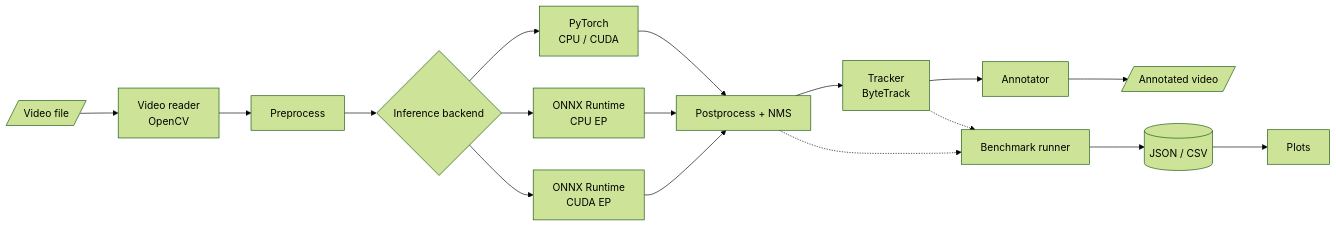
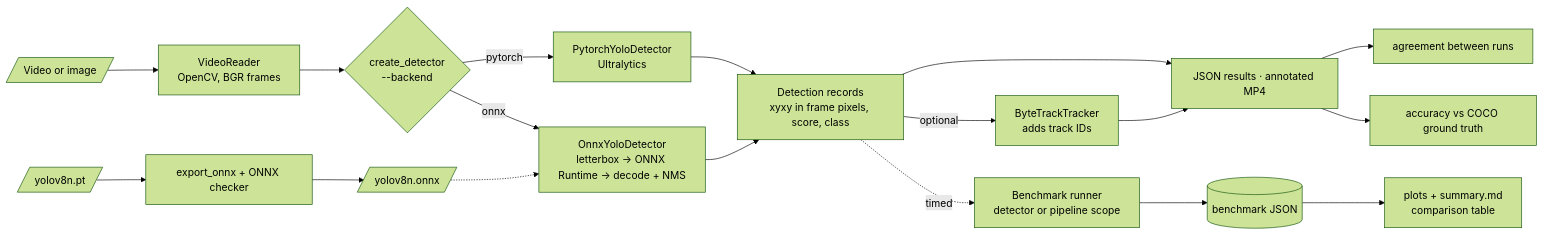
The diagram in README.md (mukhul/edgevision), drawn with Mermaid (forest theme) before and after one commit. The commit also changed other lines of this file and 30 other files, not shown here.

````diff
--- a/README.md
+++ b/README.md
@@ -101,19 +41,18 @@
 ```mermaid
 flowchart LR
-    V[/Video file/] --> R[Video reader<br/>OpenCV]
-    R --> PRE[Preprocess]
-    PRE --> BE{Inference backend}
-    BE --> PT[PyTorch<br/>CPU / CUDA]
-    BE --> OC[ONNX Runtime<br/>CPU EP]
-    BE --> OG[ONNX Runtime<br/>CUDA EP]
-    PT --> POST[Postprocess + NMS]
-    OC --> POST
-    OG --> POST
-    POST --> TR[Tracker<br/>ByteTrack]
-    TR --> AN[Annotator]
-    AN --> W[/Annotated video/]
-    POST -.-> BM[Benchmark runner]
-    TR -.-> BM
-    BM --> RS[(JSON / CSV)]
-    RS --> PL[Plots]
+    V[/Video or image/] --> R[VideoReader<br/>OpenCV, BGR frames]
+    R --> D{create_detector<br/>--backend}
+    D -->|pytorch| PT[PytorchYoloDetector<br/>Ultralytics]
+    D -->|onnx| OX[OnnxYoloDetector<br/>letterbox → ONNX Runtime → decode + NMS]
+    PT --> DET[Detection records<br/>xyxy in frame pixels, score, class]
+    OX --> DET
+    DET -->|optional| TR[ByteTrackTracker<br/>adds track IDs]
+    DET --> OUT
+    TR --> OUT[JSON results · annotated MP4]
+    DET -.->|timed| BM[Benchmark runner<br/>detector or pipeline scope]
+    BM --> BJ[(benchmark JSON)]
+    BJ --> PL[plots + summary.md<br/>comparison table]
+    OUT --> AG[agreement between runs]
+    OUT --> EV[accuracy vs COCO ground truth]
+    PTW[/yolov8n.pt/] --> EX[export_onnx + ONNX checker] --> ONX[/yolov8n.onnx/] -.-> OX
 ```
````
